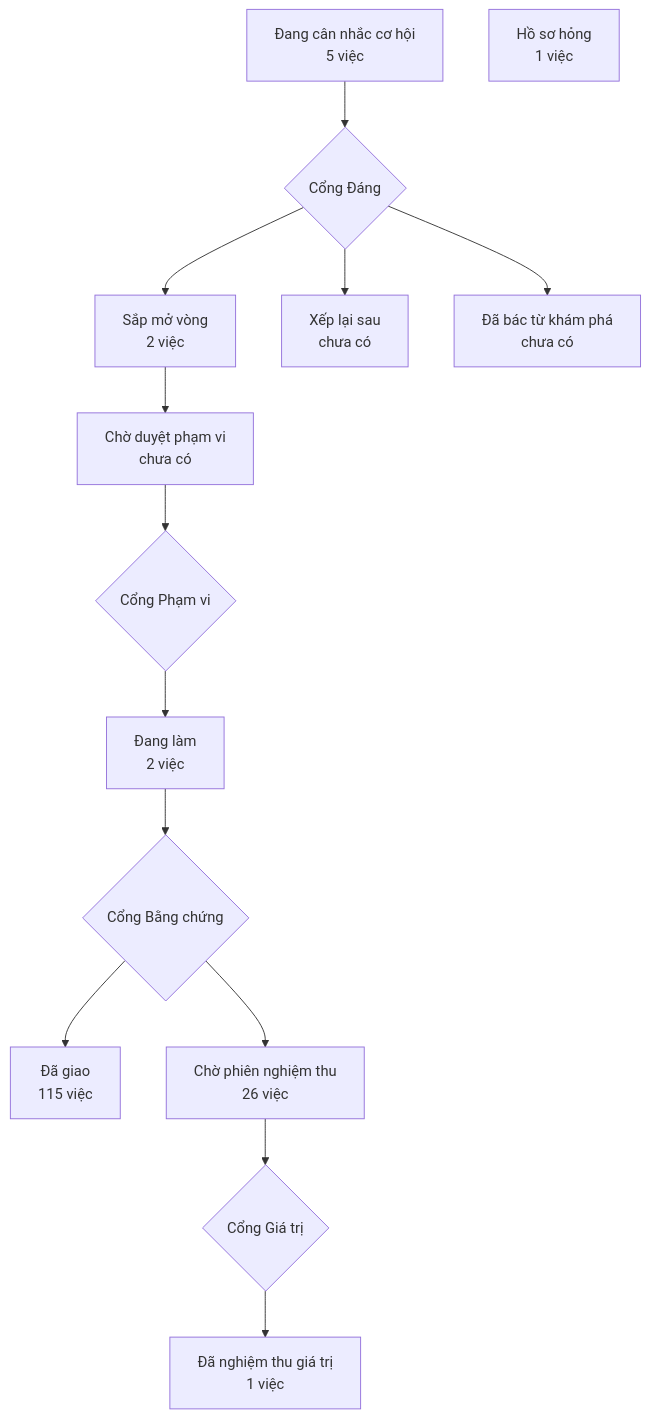
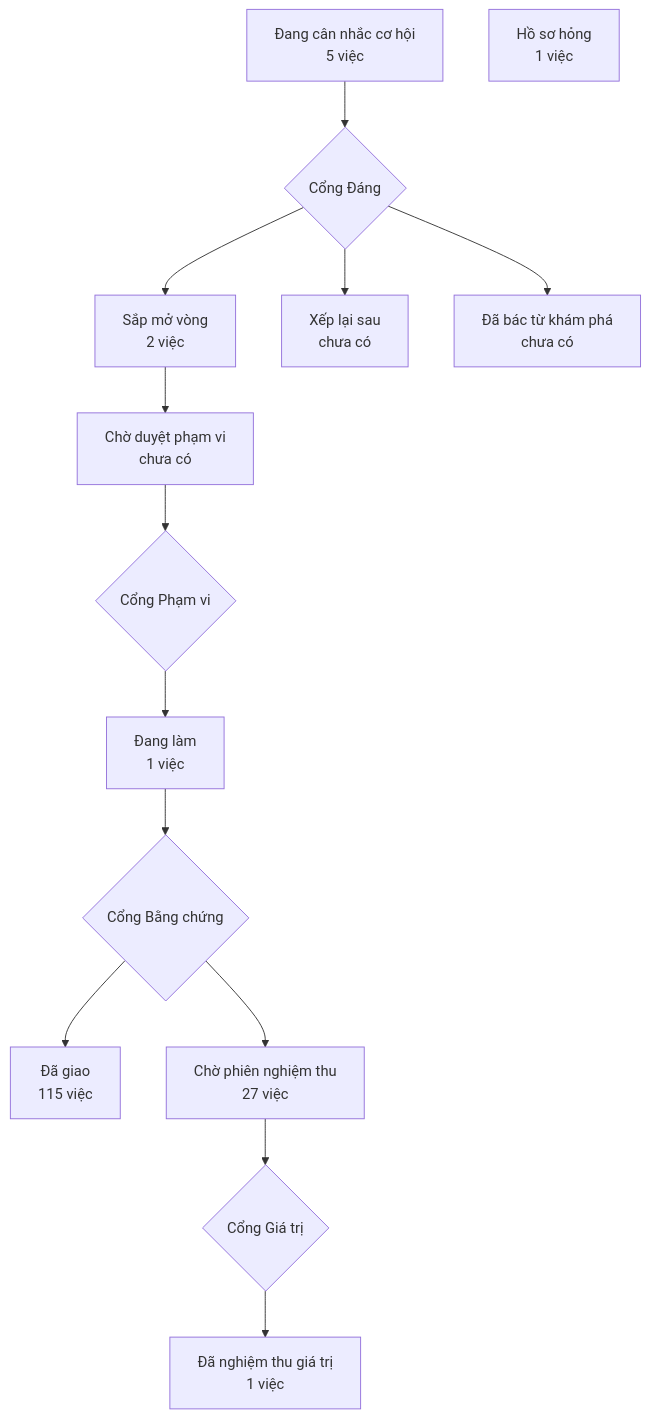
One commit to phanlemanh/crm-onehub changed the diagram in PRODUCT-MAP.md. Above: the diagram before and after it, drawn with Mermaid. The commit also changed 3 other files, not shown here.

````diff
--- a/PRODUCT-MAP.md
+++ b/PRODUCT-MAP.md
@@ -6,13 +6,13 @@
 ```mermaid
 flowchart TD
   A["Đang cân nhắc cơ hội<br/>5 việc"] --> GD{"Cổng Đáng"}
   GD --> B["Sắp mở vòng<br/>2 việc"]
   GD --> XL["Xếp lại sau<br/>chưa có"]
   GD --> DB["Đã bác từ khám phá<br/>chưa có"]
   B --> CD["Chờ duyệt phạm vi<br/>chưa có"] --> GP{"Cổng Phạm vi"}
-  GP --> DL["Đang làm<br/>2 việc"] --> GB{"Cổng Bằng chứng"}
+  GP --> DL["Đang làm<br/>1 việc"] --> GB{"Cổng Bằng chứng"}
   GB --> DG["Đã giao<br/>115 việc"]
-  GB --> CN["Chờ phiên nghiệm thu<br/>26 việc"] --> GG{"Cổng Giá trị"}
+  GB --> CN["Chờ phiên nghiệm thu<br/>27 việc"] --> GG{"Cổng Giá trị"}
   GG --> NT["Đã nghiệm thu giá trị<br/>1 việc"]
   HS["Hồ sơ hỏng<br/>1 việc"]
 ```
````
